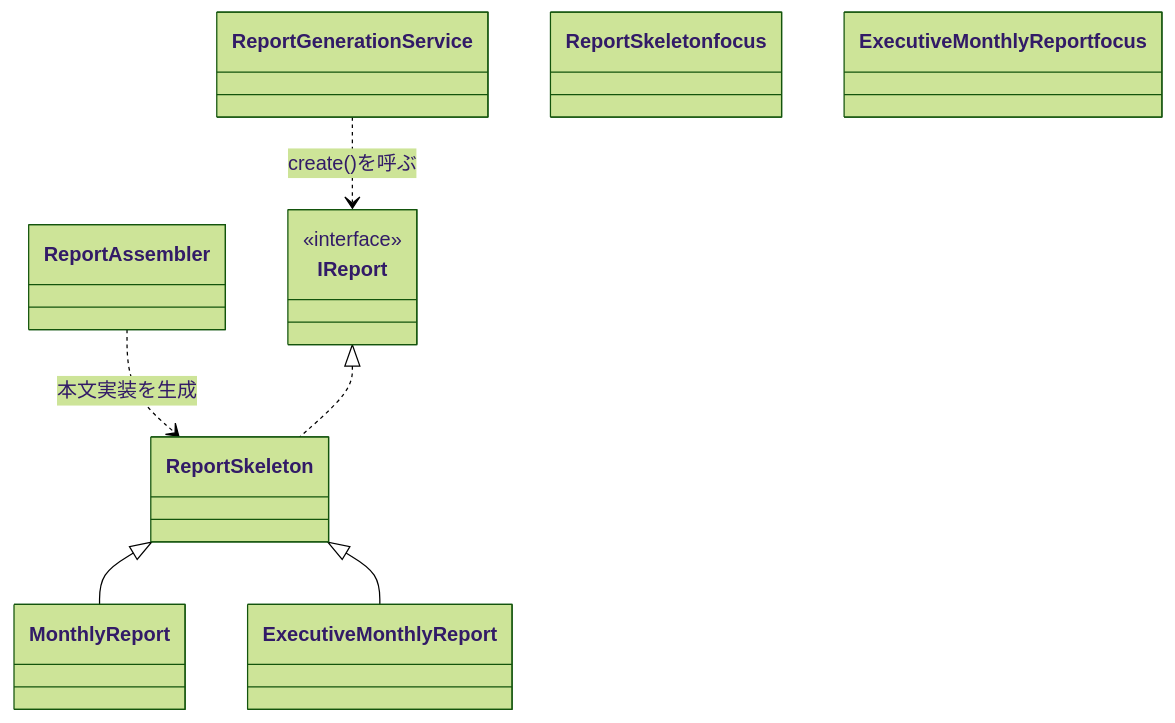
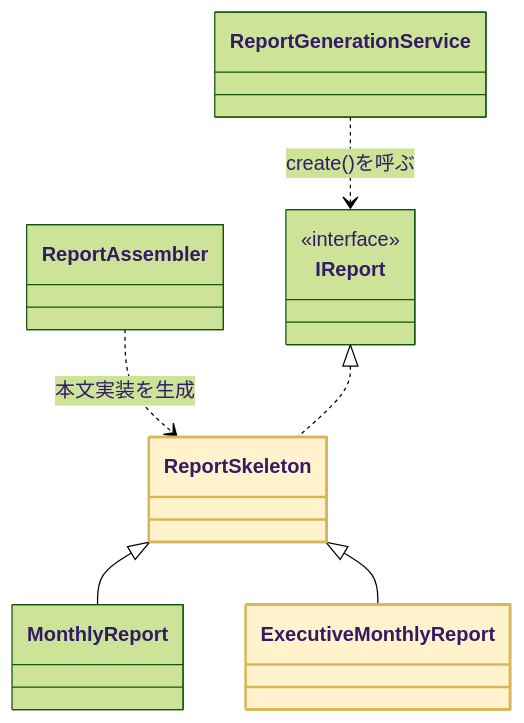
The sixth of 18 diagrams in kindle/design-patterns/output/chapter11.md (kumachan1101-pixel/DesignPattern), drawn with Mermaid (forest theme) before and after one commit. The commit also changed other lines of this file and 15 other files, not shown here.

First line of the commit message:
全章classDiagram: phantom浮きクラスを生む着色構文 class X focus を :::focus へ修正（103箇所）

````diff
--- a/kindle/design-patterns/output/chapter11.md
+++ b/kindle/design-patterns/output/chapter11.md
@@ -1331,17 +1331,17 @@
 ```mermaid
 classDiagram
     class ReportAssembler
     class IReport { <<interface>> }
     class ReportSkeleton
     class MonthlyReport
     class ExecutiveMonthlyReport
     class ReportGenerationService
     ReportGenerationService ..> IReport : create()を呼ぶ
     ReportAssembler ..> ReportSkeleton : 本文実装を生成
     IReport <|.. ReportSkeleton
     ReportSkeleton <|-- MonthlyReport
     ReportSkeleton <|-- ExecutiveMonthlyReport
-    class ReportSkeleton focus
-    class ExecutiveMonthlyReport focus
+    class ReportSkeleton:::focus
+    class ExecutiveMonthlyReport:::focus
     classDef focus fill:#FFF2CC,stroke:#D6B656,stroke-width:2px
 ```
````
